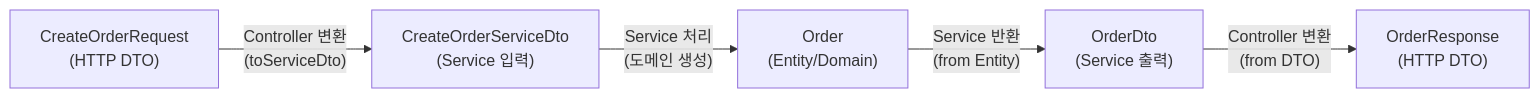
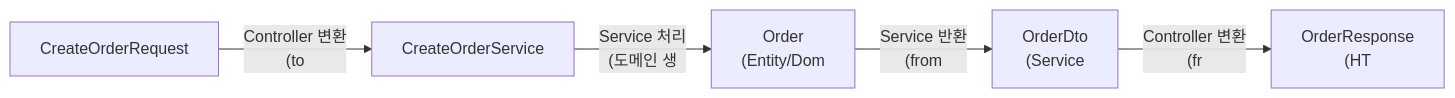
One commit to yjkim2015/yjkim2015.github.io changed the third of 3 diagrams in _posts/architecture/2026-05-01-layered.md. Above: the diagram before and after it, drawn with Mermaid. The commit also changed other lines of this file and 271 other files, not shown here.

First line of the commit message:
Mermaid 라벨 축소: 긴 노드 텍스트 18자 이하로 트림 + \n 제거

````diff
--- a/_posts/architecture/2026-05-01-layered.md
+++ b/_posts/architecture/2026-05-01-layered.md
@@ -302,12 +302,12 @@
 ```mermaid
 graph LR
-    REQ["CreateOrderRequest\n(HTTP DTO)"]
-    SVC_IN["CreateOrderServiceDto\n(Service 입력)"]
-    ENT["Order\n(Entity/Domain)"]
-    SVC_OUT["OrderDto\n(Service 출력)"]
-    RES["OrderResponse\n(HTTP DTO)"]
-    REQ -->|"Controller 변환\n(toServiceDto)"| SVC_IN
-    SVC_IN -->|"Service 처리\n(도메인 생성)"| ENT
-    ENT -->|"Service 반환\n(from Entity)"| SVC_OUT
-    SVC_OUT -->|"Controller 변환\n(from DTO)"| RES
+    REQ["CreateOrderRequest"]
+    SVC_IN["CreateOrderService"]
+    ENT["Order\n(Entity/Dom"]
+    SVC_OUT["OrderDto\n(Service"]
+    RES["OrderResponse\n(HT"]
+    REQ -->|"Controller 변환\n(to"| SVC_IN
+    SVC_IN -->|"Service 처리\n(도메인 생"| ENT
+    ENT -->|"Service 반환\n(from"| SVC_OUT
+    SVC_OUT -->|"Controller 변환\n(fr"| RES
 ```
````
